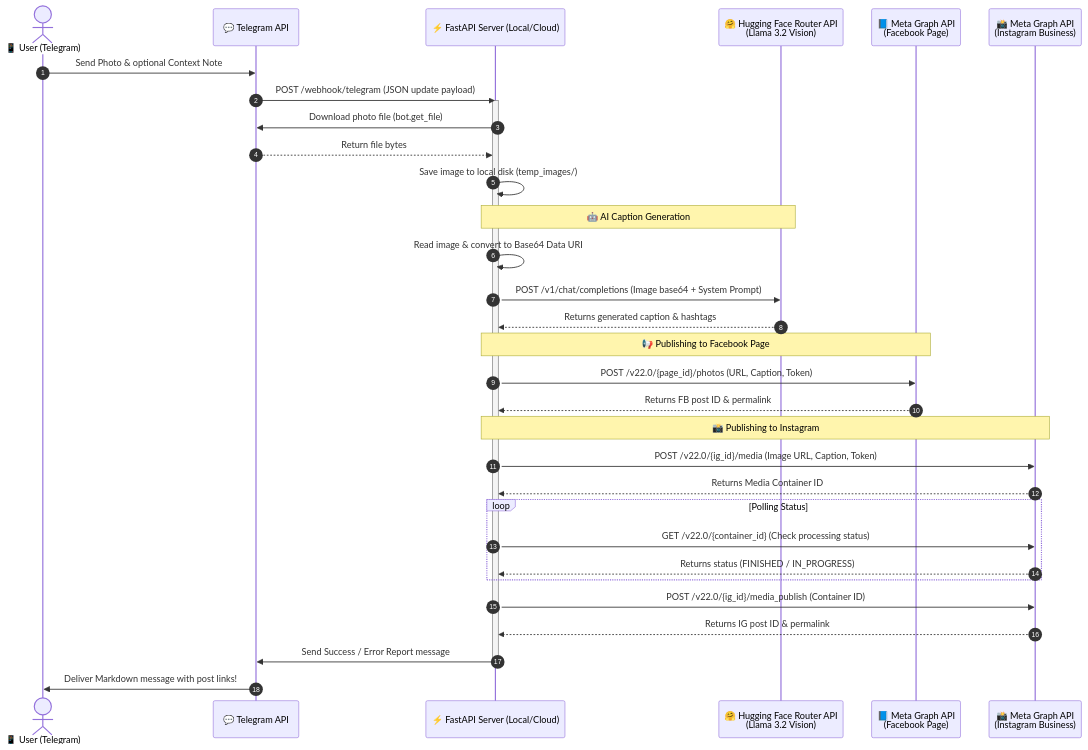
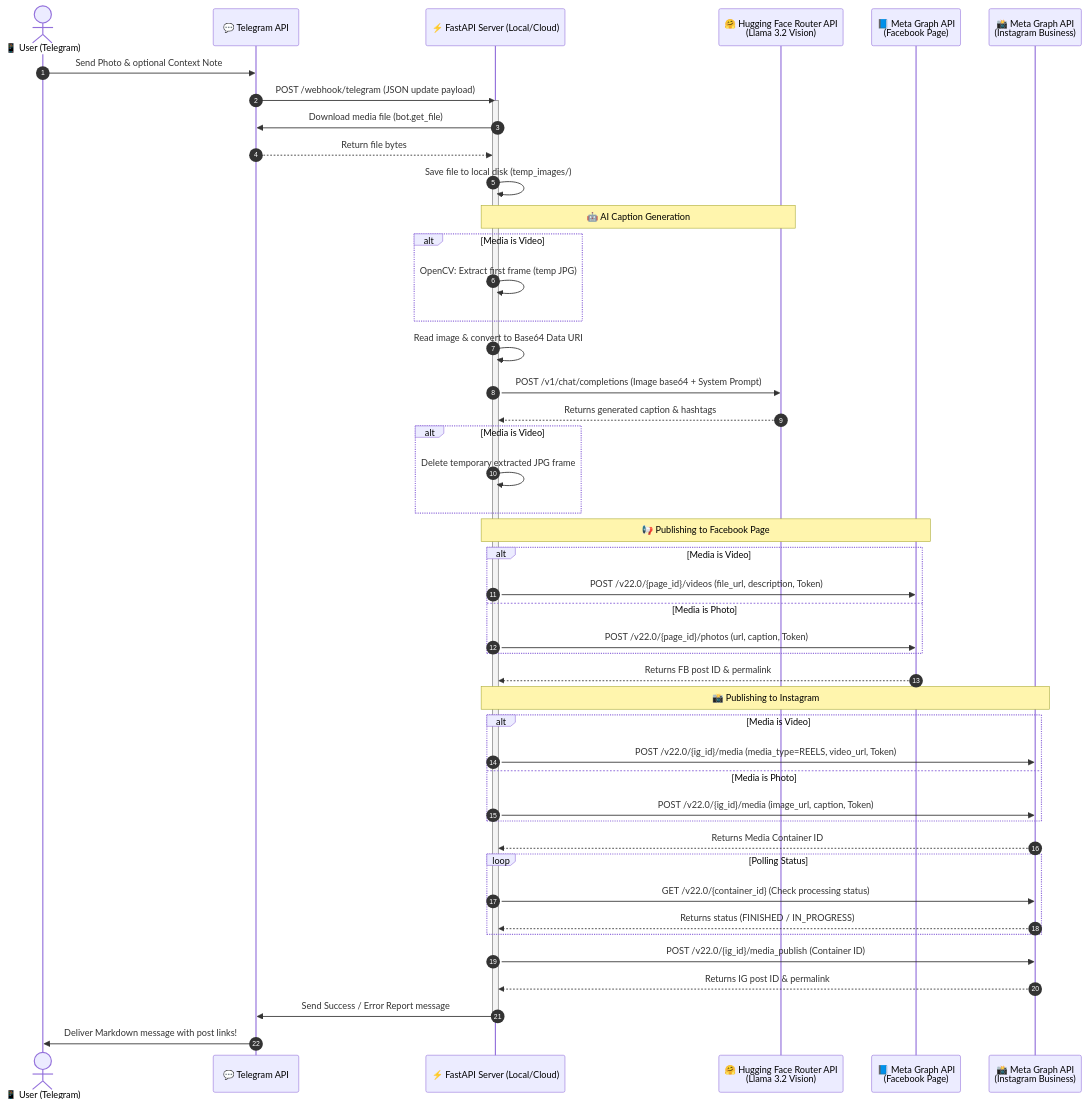
The second of 2 diagrams in README.md (akgone38/insta-post-agent), drawn with Mermaid before and after one commit. The commit also changed other lines of this file and 10 other files, not shown here.

Commit message:
feat: add video processing support for caption generation and Facebook publishing

````diff
--- a/README.md
+++ b/README.md
@@ -9,48 +44,62 @@
 ```mermaid
 sequenceDiagram
     autonumber
     actor User as 📱 User (Telegram)
     participant Telegram as 💬 Telegram API
     participant FastAPI as ⚡ FastAPI Server (Local/Cloud)
     participant HF as 🤗 Hugging Face Router API<br/>(Llama 3.2 Vision)
     participant FB as 📘 Meta Graph API<br/>(Facebook Page)
     participant IG as 📸 Meta Graph API<br/>(Instagram Business)
 
     User->>Telegram: Send Photo & optional Context Note
     Telegram->>FastAPI: POST /webhook/telegram (JSON update payload)
     activate FastAPI
     
     # Step 1: Download
-    FastAPI->>Telegram: Download photo file (bot.get_file)
+    FastAPI->>Telegram: Download media file (bot.get_file)
     Telegram-->>FastAPI: Return file bytes
-    FastAPI->>FastAPI: Save image to local disk (temp_images/)
+    FastAPI->>FastAPI: Save file to local disk (temp_images/)
     
     # Step 2: AI Caption
     Note over FastAPI, HF: 🤖 AI Caption Generation
+    alt Media is Video
+        FastAPI->>FastAPI: OpenCV: Extract first frame (temp JPG)
+    end
     FastAPI->>FastAPI: Read image & convert to Base64 Data URI
     FastAPI->>HF: POST /v1/chat/completions (Image base64 + System Prompt)
     HF-->>FastAPI: Returns generated caption & hashtags
+    alt Media is Video
+        FastAPI->>FastAPI: Delete temporary extracted JPG frame
+    end
     
     # Step 3: Facebook Post
     Note over FastAPI, FB: 📢 Publishing to Facebook Page
-    FastAPI->>FB: POST /v22.0/{page_id}/photos (URL, Caption, Token)
+    alt Media is Video
+        FastAPI->>FB: POST /v22.0/{page_id}/videos (file_url, description, Token)
+    else Media is Photo
+        FastAPI->>FB: POST /v22.0/{page_id}/photos (url, caption, Token)
+    end
     FB-->>FastAPI: Returns FB post ID & permalink
     
     # Step 4: Instagram Post
     Note over FastAPI, IG: 📸 Publishing to Instagram
-    FastAPI->>IG: POST /v22.0/{ig_id}/media (Image URL, Caption, Token)
+    alt Media is Video
+        FastAPI->>IG: POST /v22.0/{ig_id}/media (media_type=REELS, video_url, Token)
+    else Media is Photo
+        FastAPI->>IG: POST /v22.0/{ig_id}/media (image_url, caption, Token)
+    end
     IG-->>FastAPI: Returns Media Container ID
     
     loop Polling Status
         FastAPI->>IG: GET /v22.0/{container_id} (Check processing status)
         IG-->>FastAPI: Returns status (FINISHED / IN_PROGRESS)
     end
     
     FastAPI->>IG: POST /v22.0/{ig_id}/media_publish (Container ID)
     IG-->>FastAPI: Returns IG post ID & permalink
 
     # Step 5: Telegram Reply
     FastAPI->>Telegram: Send Success / Error Report message
     deactivate FastAPI
     Telegram->>User: Deliver Markdown message with post links!
 ```
````
